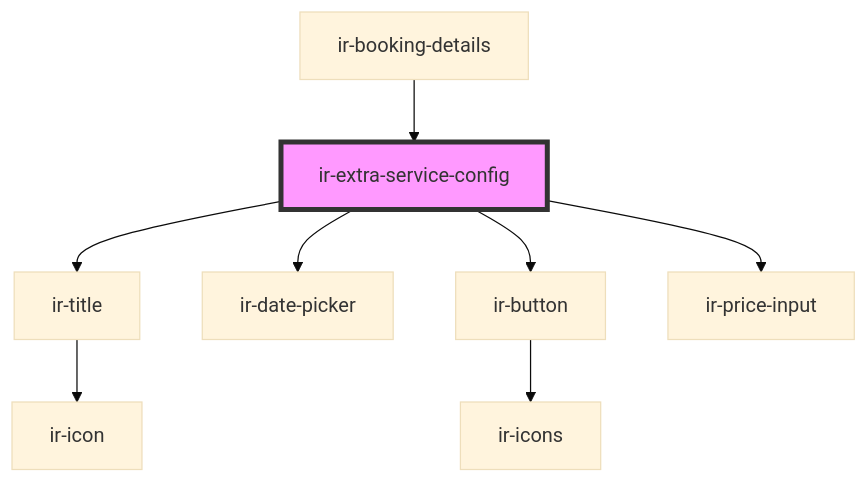
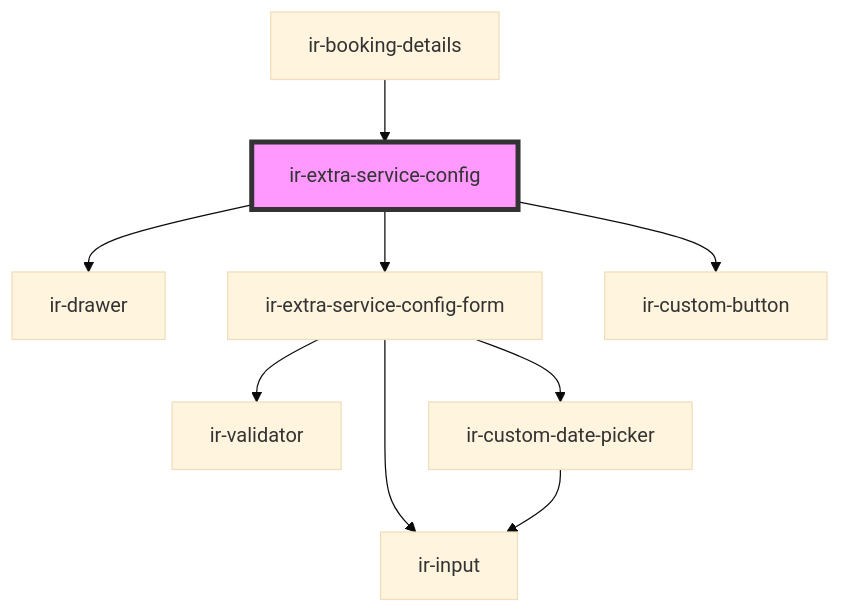
The diagram in src/components/ir-booking-details/ir-extra-services/ir-extra-service-config/readme.md (RonyRizk/ir-webcmp), drawn with Mermaid (base theme) before and after one commit. The commit also changed other lines of this file and 433 other files, not shown here.

````diff
--- a/src/components/ir-booking-details/ir-extra-services/ir-extra-service-config/readme.md
+++ b/src/components/ir-booking-details/ir-extra-services/ir-extra-service-config/readme.md
@@ -38,11 +37,12 @@
 ```mermaid
 graph TD;
-  ir-extra-service-config --> ir-title
-  ir-extra-service-config --> ir-date-picker
-  ir-extra-service-config --> ir-button
-  ir-extra-service-config --> ir-price-input
-  ir-title --> ir-icon
-  ir-button --> ir-icons
+  ir-extra-service-config --> ir-drawer
+  ir-extra-service-config --> ir-extra-service-config-form
+  ir-extra-service-config --> ir-custom-button
+  ir-extra-service-config-form --> ir-validator
+  ir-extra-service-config-form --> ir-custom-date-picker
+  ir-extra-service-config-form --> ir-input
+  ir-custom-date-picker --> ir-input
   ir-booking-details --> ir-extra-service-config
   style ir-extra-service-config fill:#f9f,stroke:#333,stroke-width:4px
 ```
````
